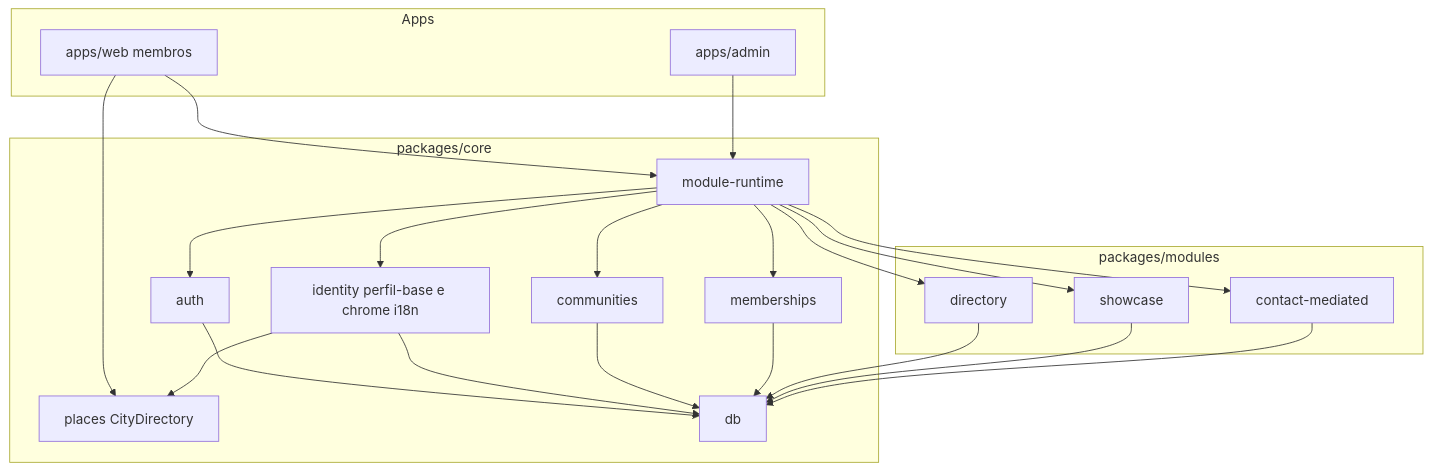
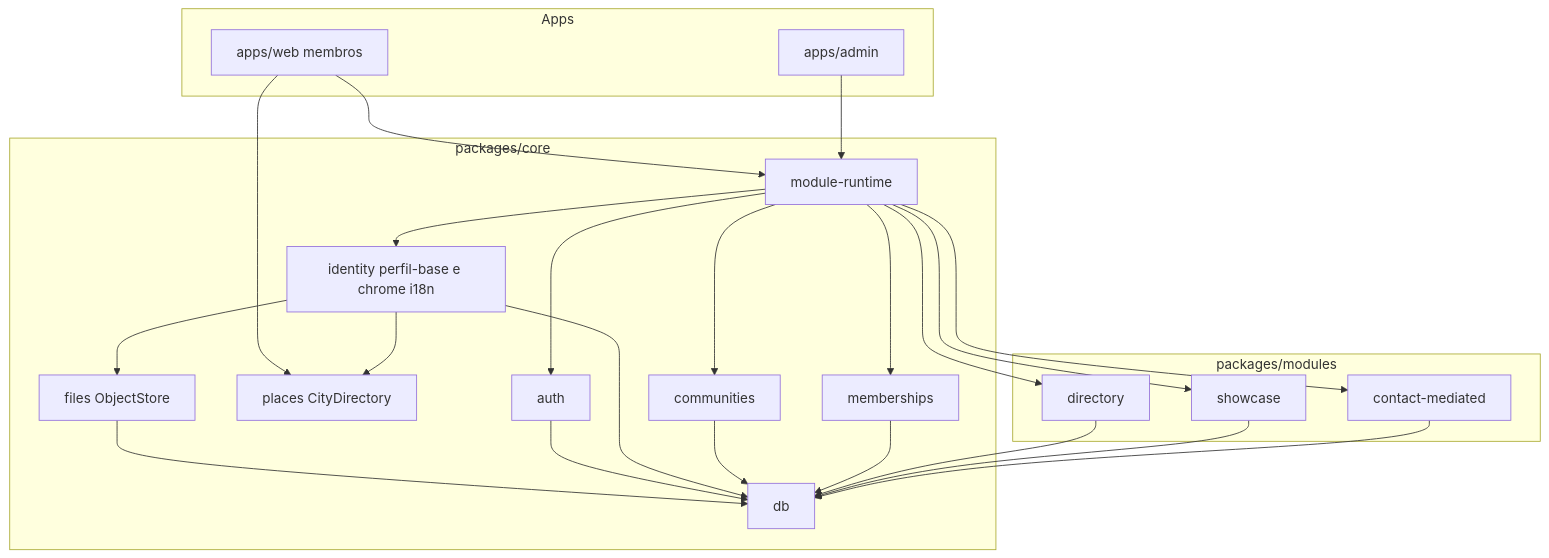
Before and after one commit to colabcolibri/comuna: the diagram in docs/05_architecture.md, drawn with Mermaid. The commit also changed other lines of this file and 32 other files, not shown here.

First line of the commit message:
feat(identity): store profile photos in the object store

````diff
--- a/docs/05_architecture.md
+++ b/docs/05_architecture.md
@@ -18,42 +18,45 @@
 ```mermaid
 flowchart TD
     subgraph Apps
         Web["apps/web membros"]
         Admin["apps/admin"]
     end
 
     subgraph Core["packages/core"]
         Auth[auth]
         Ident[identity perfil-base e chrome i18n]
         Places[places CityDirectory]
         Comm[communities]
         Mem[memberships]
         Runtime[module-runtime]
+        Files[files ObjectStore]
         Db[db]
     end
 
     subgraph Mods["packages/modules"]
         Dir[directory]
         Show[showcase]
         Contact[contact-mediated]
     end
 
     Web --> Runtime
     Admin --> Runtime
     Runtime --> Dir
     Runtime --> Show
     Runtime --> Contact
     Runtime --> Auth
     Runtime --> Ident
     Runtime --> Comm
     Runtime --> Mem
     Web --> Places
     Ident --> Places
+    Ident --> Files
+    Files --> Db
     Auth --> Db
     Ident --> Db
     Comm --> Db
     Mem --> Db
     Dir --> Db
     Show --> Db
     Contact --> Db
 ```
````
